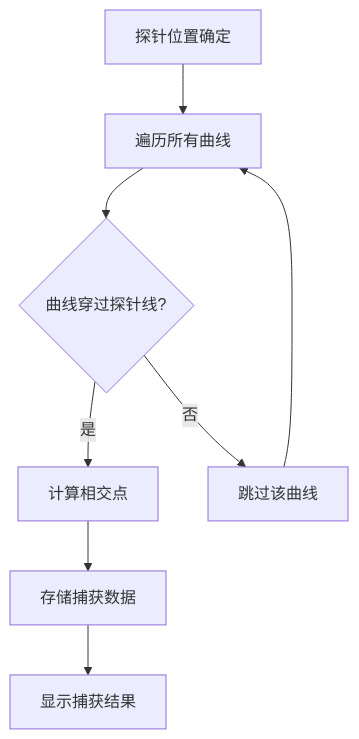
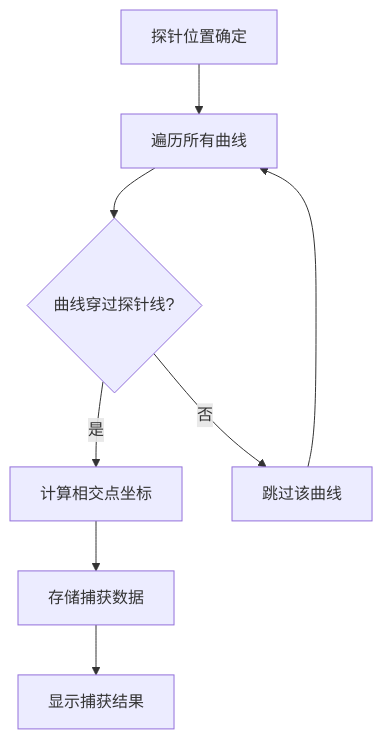
The diagram in docs/zh/use-guide/plot/data-probe.md (czyt1988/data-workbench), drawn with Mermaid before and after one commit. The commit also changed other lines of this file and 48 other files, not shown here.

````diff
--- a/docs/zh/use-guide/plot/data-probe.md
+++ b/docs/zh/use-guide/plot/data-probe.md
@@ -144,10 +146,10 @@
 ```mermaid
 flowchart TD
     A[探针位置确定] --> B[遍历所有曲线]
     B --> C{曲线穿过探针线?}
-    C -->|是| D[计算相交点]
+    C -->|是| D[计算相交点坐标]
     C -->|否| E[跳过该曲线]
     D --> F[存储捕获数据]
     E --> B
     F --> G[显示捕获结果]
 ```
````
